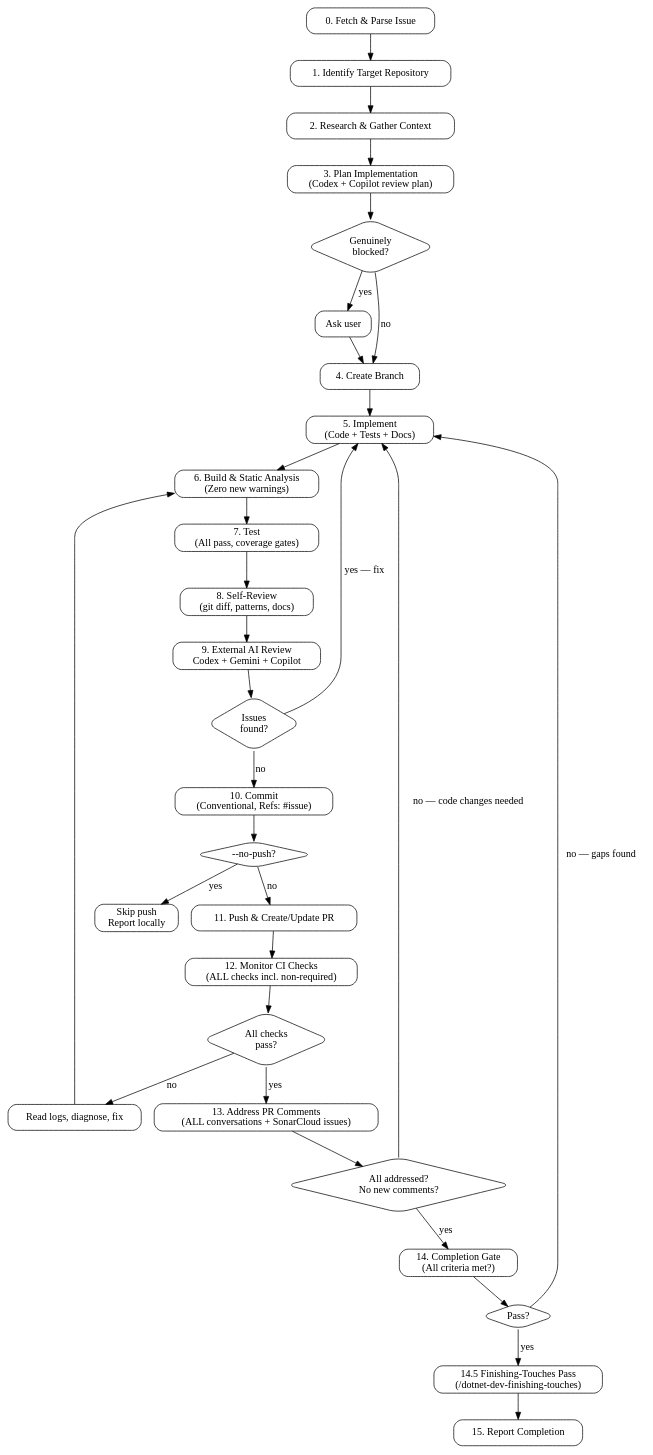
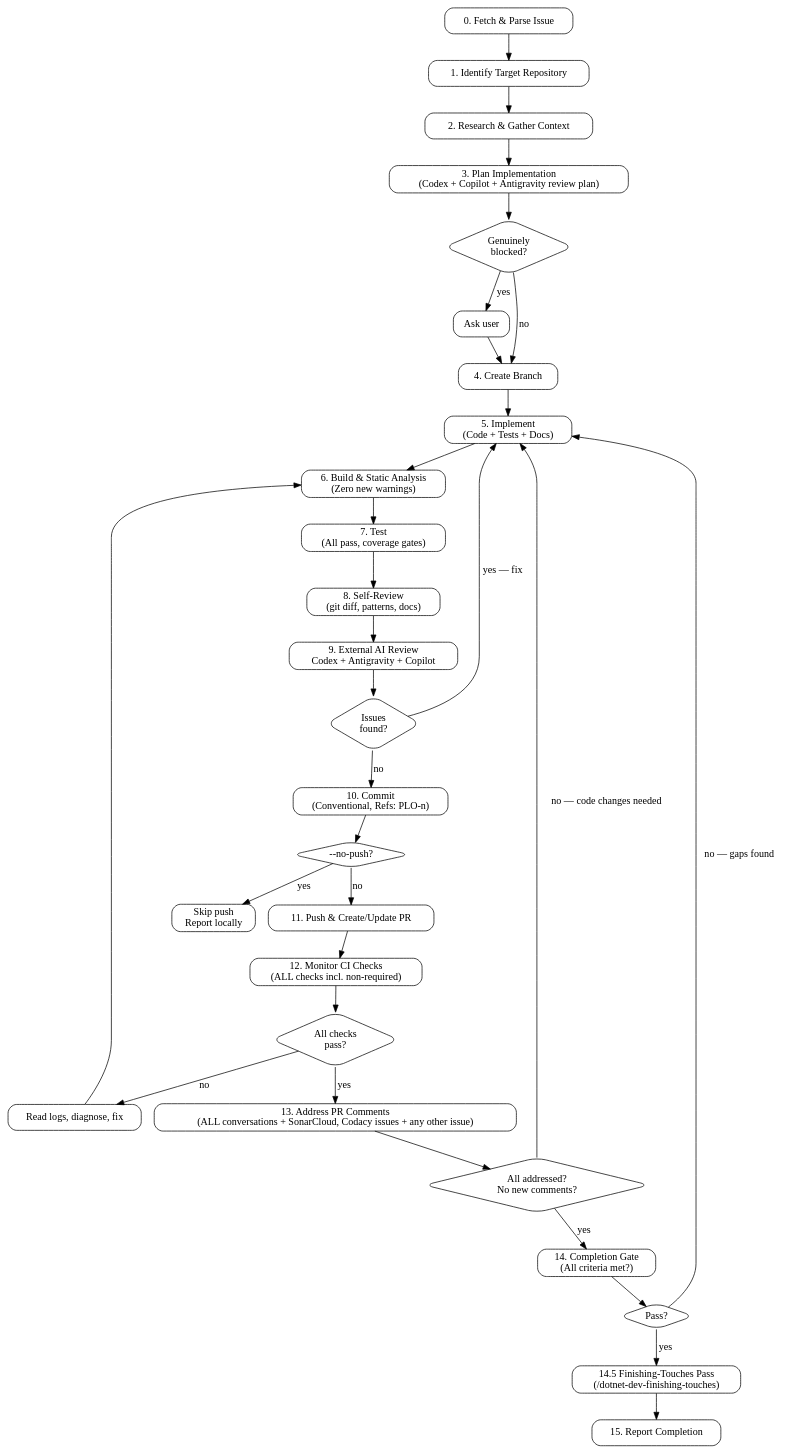
One commit to mrploch/ploch-commandline changed the diagram in .claude/skills/implement-issue/SKILL.md. Above: the diagram before and after it, drawn with Graphviz. The commit also changed other lines of this file and 13 other files, not shown here.

````diff
--- a/.claude/skills/implement-issue/SKILL.md
+++ b/.claude/skills/implement-issue/SKILL.md
@@ -44,55 +60,55 @@
 ```dot
 digraph implement_issue {
     rankdir=TB;
     node [shape=box, style="rounded"];
 
     fetch [label="0. Fetch & Parse Issue"];
     repo [label="1. Identify Target Repository"];
     research [label="2. Research & Gather Context"];
-    plan [label="3. Plan Implementation\n(Codex + Copilot review plan)"];
+    plan [label="3. Plan Implementation\n(Codex + Copilot + Antigravity review plan)"];
     blocked [shape=diamond, label="Genuinely\nblocked?"];
     ask [label="Ask user"];
     branch [label="4. Create Branch"];
     implement [label="5. Implement\n(Code + Tests + Docs)"];
     build [label="6. Build & Static Analysis\n(Zero new warnings)"];
     test [label="7. Test\n(All pass, coverage gates)"];
     review [label="8. Self-Review\n(git diff, patterns, docs)"];
-    codex [label="9. External AI Review\nCodex + Gemini + Copilot"];
+    codex [label="9. External AI Review\nCodex + Antigravity + Copilot"];
     issues [shape=diamond, label="Issues\nfound?"];
-    commit [label="10. Commit\n(Conventional, Refs: #issue)"];
+    commit [label="10. Commit\n(Conventional, Refs: PLO-n)"];
     push_check [shape=diamond, label="--no-push?"];
     push [label="11. Push & Create/Update PR"];
     monitor [label="12. Monitor CI Checks\n(ALL checks incl. non-required)"];
     ci_ok [shape=diamond, label="All checks\npass?"];
     fix_ci [label="Read logs, diagnose, fix"];
-    comments [label="13. Address PR Comments\n(ALL conversations + SonarCloud issues)"];
+    comments [label="13. Address PR Comments\n(ALL conversations + SonarCloud, Codacy issues + any other issue)"];
     comments_ok [shape=diamond, label="All addressed?\nNo new comments?"];
     gate [label="14. Completion Gate\n(All criteria met?)"];
     gate_ok [shape=diamond, label="Pass?"];
     finishing [label="14.5 Finishing-Touches Pass\n(/dotnet-dev-finishing-touches)"];
     report [label="15. Report Completion"];
     skip_push [label="Skip push\nReport locally"];
 
     fetch -> repo -> research -> plan -> blocked;
     blocked -> ask [label="yes"];
     blocked -> branch [label="no"];
     ask -> branch;
     branch -> implement -> build -> test -> review -> codex -> issues;
     issues -> implement [label="yes — fix"];
     issues -> commit [label="no"];
     commit -> push_check;
     push_check -> push [label="no"];
     push_check -> skip_push [label="yes"];
     push -> monitor -> ci_ok;
     ci_ok -> comments [label="yes"];
     ci_ok -> fix_ci [label="no"];
     fix_ci -> build;
     comments -> comments_ok;
     comments_ok -> gate [label="yes"];
     comments_ok -> implement [label="no — code changes needed"];
     gate -> gate_ok;
     gate_ok -> finishing [label="yes"];
     gate_ok -> implement [label="no — gaps found"];
     finishing -> report;
 }
 ```
````
